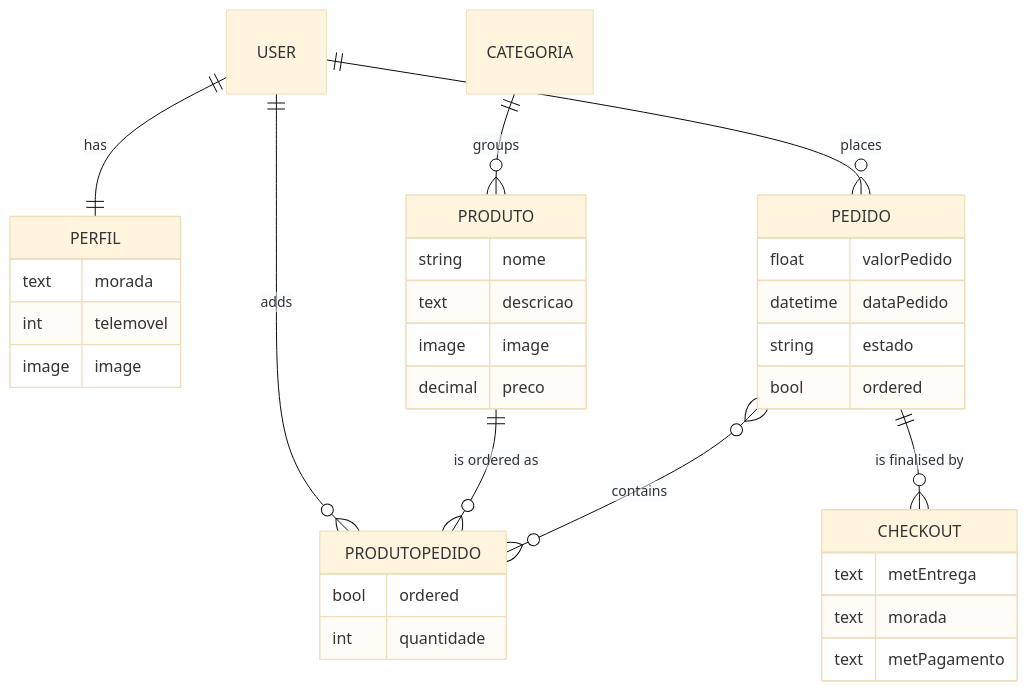
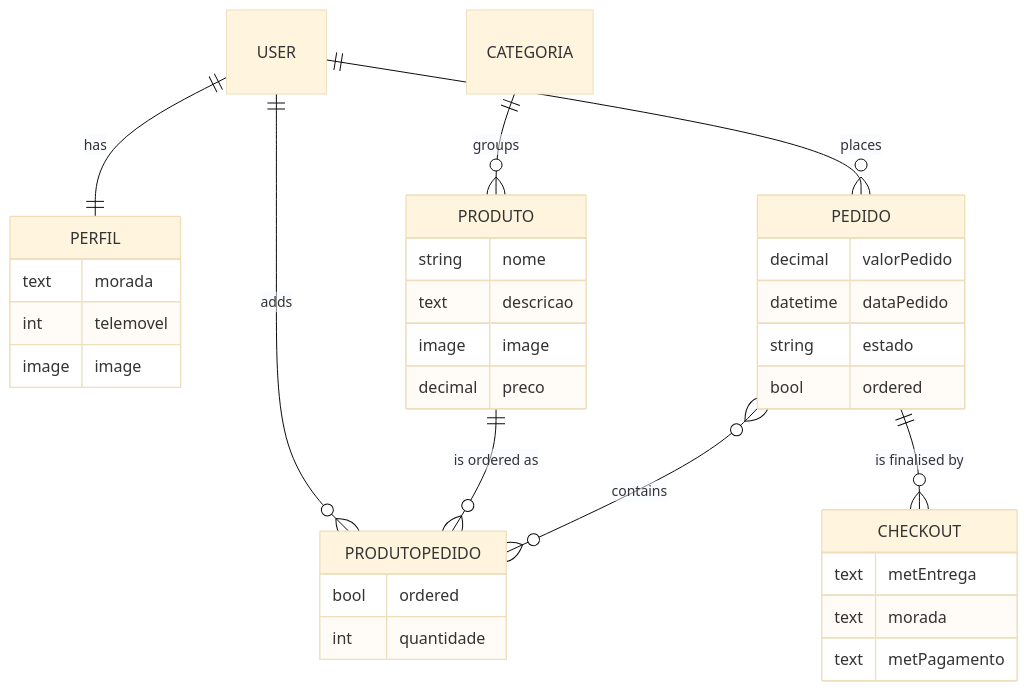
The second of 5 diagrams in README.md (RuiSlayer/pizzariaMarques), drawn with Mermaid (base theme) before and after one commit. The commit also changed other lines of this file and 109 other files, not shown here.

````diff
--- a/README.md
+++ b/README.md
@@ -320,37 +341,37 @@
 ```mermaid
 erDiagram
     USER ||--|| PERFIL : has
     USER ||--o{ PRODUTOPEDIDO : adds
     USER ||--o{ PEDIDO : places
     CATEGORIA ||--o{ PRODUTO : groups
     PRODUTO ||--o{ PRODUTOPEDIDO : "is ordered as"
     PEDIDO }o--o{ PRODUTOPEDIDO : contains
     PEDIDO ||--o{ CHECKOUT : "is finalised by"
 
     PERFIL {
         text morada
         int telemovel
         image image
     }
     PRODUTO {
         string nome
         text descricao
         image image
         decimal preco
     }
     PRODUTOPEDIDO {
         bool ordered
         int quantidade
     }
     PEDIDO {
-        float valorPedido
+        decimal valorPedido
         datetime dataPedido
         string estado
         bool ordered
     }
     CHECKOUT {
         text metEntrega
         text morada
         text metPagamento
     }
 ```
````
